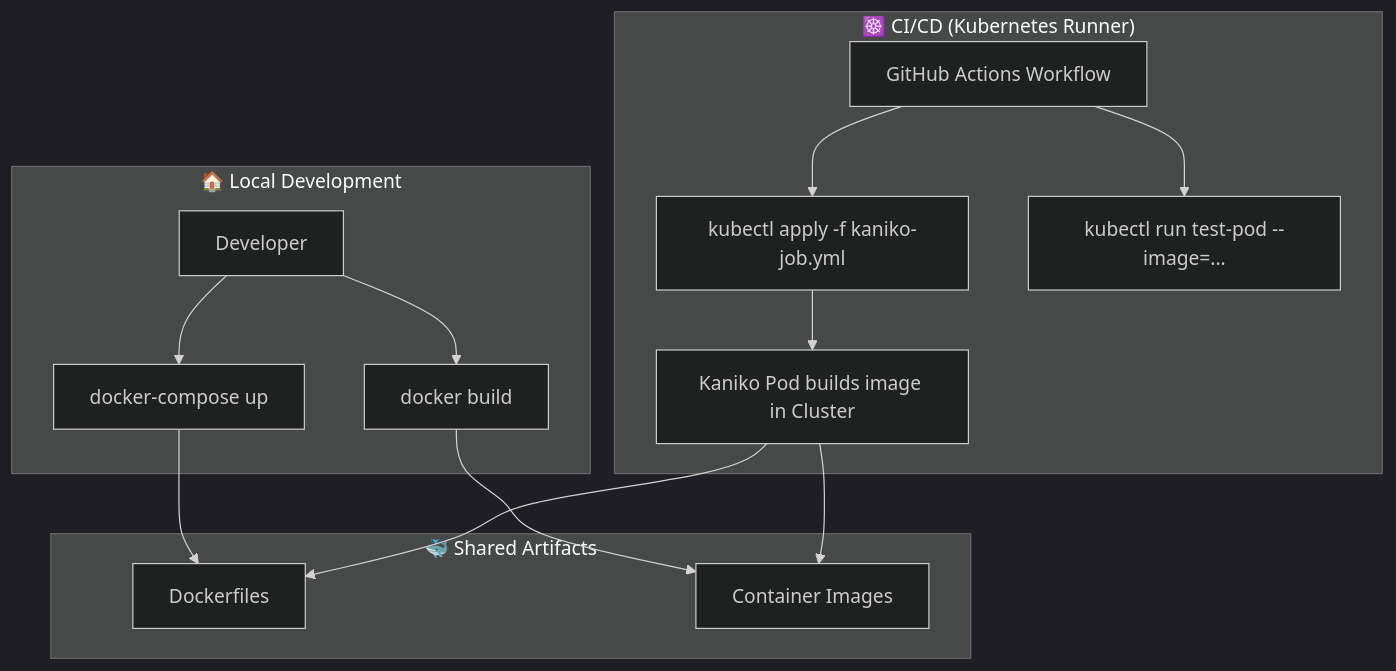
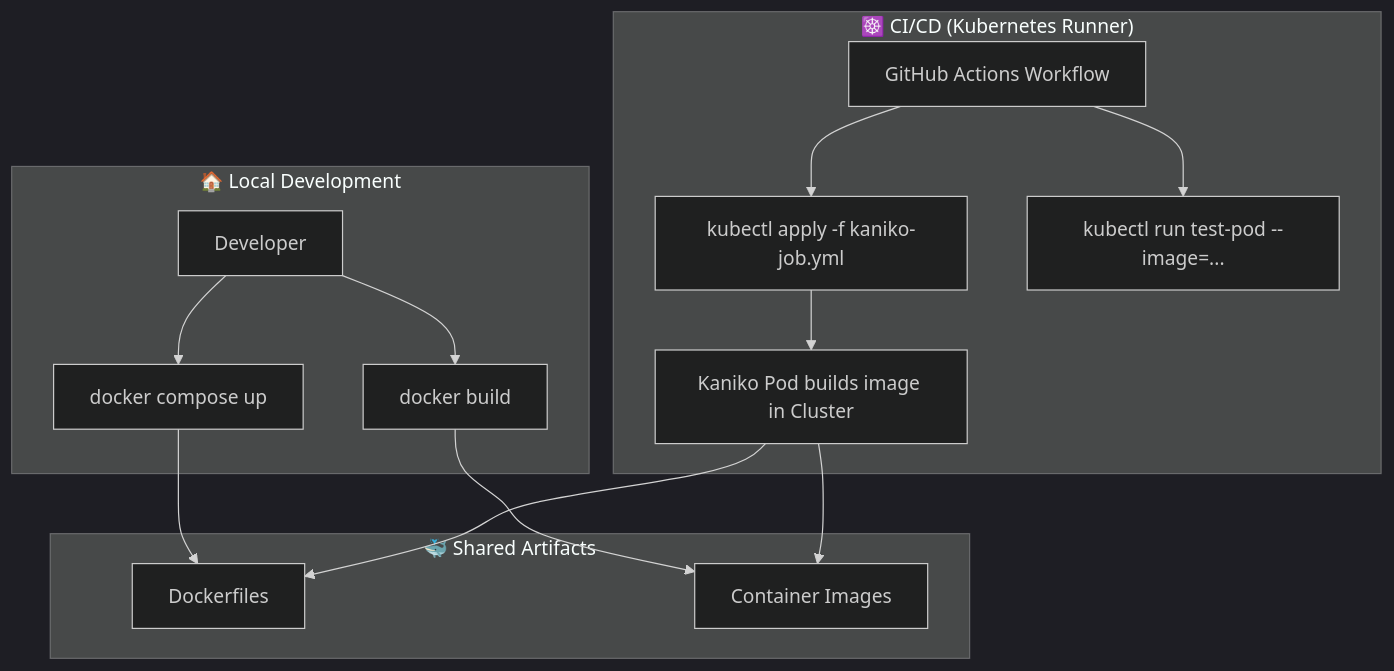
One commit to rafeekpro/speecher changed the diagram in HYBRID_STRATEGY.md. Above: the diagram before and after it, drawn with Mermaid (dark theme). The commit also changed other lines of this file and 23 other files, not shown here.

`````diff
--- a/HYBRID_STRATEGY.md
+++ b/HYBRID_STRATEGY.md
@@ -22,23 +22,23 @@
 ```mermaid
 graph TD
     subgraph "🏠 Local Development"
-        A[Developer] --> B[docker-compose up]
+        A[Developer] --> B[docker compose up]
         A --> C[docker build]
     end
     
     subgraph "☸️ CI/CD (Kubernetes Runner)"
         E[GitHub Actions Workflow] --> F[kubectl apply -f kaniko-job.yml]
         F --> G[Kaniko Pod builds image in Cluster]
         E --> H[kubectl run test-pod --image=...]
     end
     
     subgraph "🐳 Shared Artifacts"
         I[Dockerfiles]
         J[Container Images]
     end
     
     B --> I
     C --> J
     G --> I
     G --> J
 ````
`````
